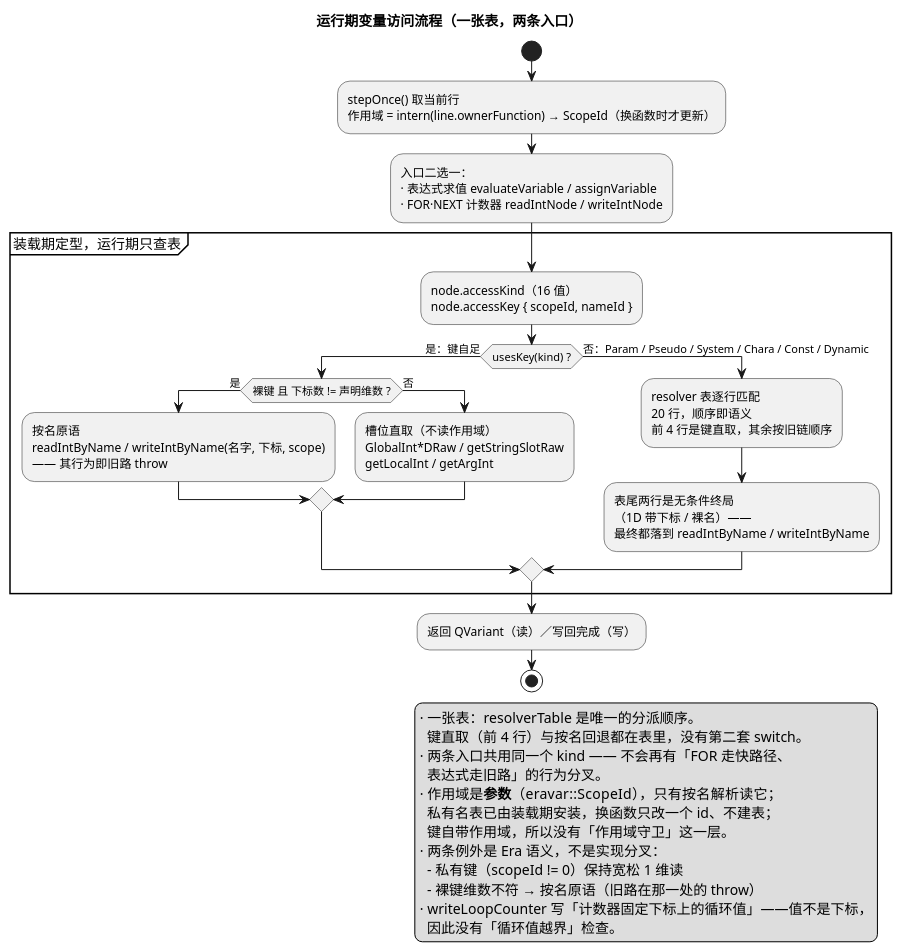
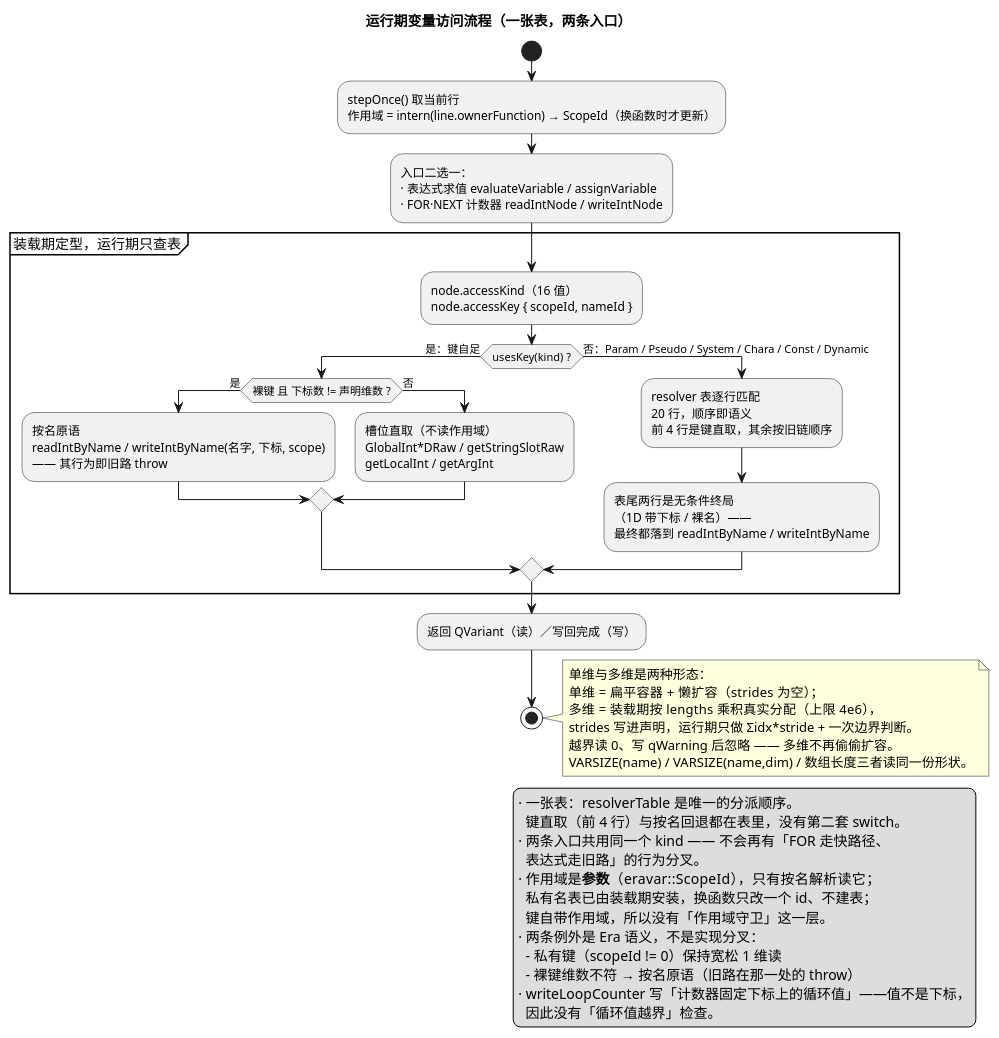
The diagram in docs/uml/05-variable-access.puml (yigekuyou/qt-eraemu), drawn with PlantUML before and after one commit. The commit also changed 1 other file, not shown here.

Commit message:
docs/uml：单维与多维是两种形态（2d35c8a）

```diff
--- a/docs/uml/05-variable-access.puml
+++ b/docs/uml/05-variable-access.puml
@@ -1,56 +1,64 @@
 @startuml 05-variable-access
 ' 无 graphviz(dot) 时用 PlantUML 内置 smetana 布局引擎
 !pragma layout smetana
 ' 竖直排列 if/elseif，避免横向漂移（旧版本忽略此行也能渲染）
 !pragma useVerticalIf on
 ' emuera —— 运行期变量访问：两条入口 → 一张表 → 唯一按名原语
 ' 渲染：plantuml -tpng docs/uml/05-variable-access.puml
 title 运行期变量访问流程（一张表，两条入口）
 
 start
 :stepOnce() 取当前行
 作用域 = intern(line.ownerFunction) → ScopeId（换函数时才更新）;
 :入口二选一：
 · 表达式求值 evaluateVariable / assignVariable
 · FOR·NEXT 计数器 readIntNode / writeIntNode;
 
 partition "装载期定型，运行期只查表" {
   :node.accessKind（16 值）
   node.accessKey { scopeId, nameId };
   if (usesKey(kind) ?) then (是：键自足)
     if (裸键 且 下标数 != 声明维数 ?) then (是)
       :按名原语
       readIntByName / writeIntByName(名字, 下标, scope)
       —— 其行为即旧路 throw;
     else (否)
       :槽位直取（不读作用域）
       GlobalInt*DRaw / getStringSlotRaw
       getLocalInt / getArgInt;
     endif
   else (否：Param / Pseudo / System / Chara / Const / Dynamic)
     :resolver 表逐行匹配
     20 行，顺序即语义
     前 4 行是键直取，其余按旧链顺序;
     :表尾两行是无条件终局
     （1D 带下标 / 裸名）——
     最终都落到 readIntByName / writeIntByName;
   endif
 }
 :返回 QVariant（读）／写回完成（写）;
 stop
 
 legend right
   · 一张表：resolverTable 是唯一的分派顺序。
     键直取（前 4 行）与按名回退都在表里，没有第二套 switch。
   · 两条入口共用同一个 kind —— 不会再有「FOR 走快路径、
     表达式走旧路」的行为分叉。
   · 作用域是**参数**（eravar::ScopeId），只有按名解析读它；
     私有名表已由装载期安装，换函数只改一个 id、不建表；
     键自带作用域，所以没有「作用域守卫」这一层。
   · 两条例外是 Era 语义，不是实现分叉：
     - 私有键（scopeId != 0）保持宽松 1 维读
     - 裸键维数不符 → 按名原语（旧路在那一处的 throw）
   · writeLoopCounter 写「计数器固定下标上的循环值」——值不是下标，
     因此没有「循环值越界」检查。
 endlegend
+note right
+  单维与多维是两种形态：
+  单维 = 扁平容器 + 懒扩容（strides 为空）；
+  多维 = 装载期按 lengths 乘积真实分配（上限 4e6），
+  strides 写进声明，运行期只做 Σidx*stride + 一次边界判断。
+  越界读 0、写 qWarning 后忽略 —— 多维不再偷偷扩容。
+  VARSIZE(name) / VARSIZE(name,dim) / 数组长度三者读同一份形状。
+end note
 @enduml
```
